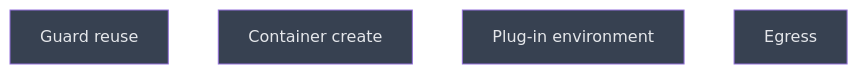
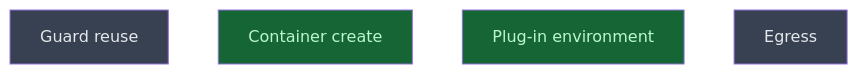
Before and after one commit to CrackingShells/Candler: the diagram in __roadmap__/m5-container-isolation/client/seams/README.md, drawn with Mermaid. The commit also changed other lines of this file and 2 other files, not shown here.

Commit message:
rdm(isolation): close the M5a leaves and give M5b two more gates
container_create and plugin_environment are done; seams/ stays in
progress because guard_reuse and egress/ moved to M5b. M5b's live
smoke must run a plug-in environment through the product path, which
M5a's e2e builds by hand, and a created but unrecorded container must
be destroyed with A1.

````diff
--- a/__roadmap__/m5-container-isolation/client/seams/README.md
+++ b/__roadmap__/m5-container-isolation/client/seams/README.md
@@ -48,12 +48,12 @@
 ```mermaid
 graph TD
     guard_reuse[Guard reuse]:::planned
-    container_create[Container create]:::planned
-    plugin_environment[Plug-in environment]:::planned
+    container_create[Container create]:::done
+    plugin_environment[Plug-in environment]:::done
     egress[Egress]:::planned
     classDef done       fill:#166534,color:#bbf7d0
     classDef inprogress fill:#854d0e,color:#fef08a
     classDef planned    fill:#374151,color:#e5e7eb
     classDef amendment  fill:#1e3a5f,color:#bfdbfe
     classDef blocked    fill:#7f1d1d,color:#fecaca
 ```
````
